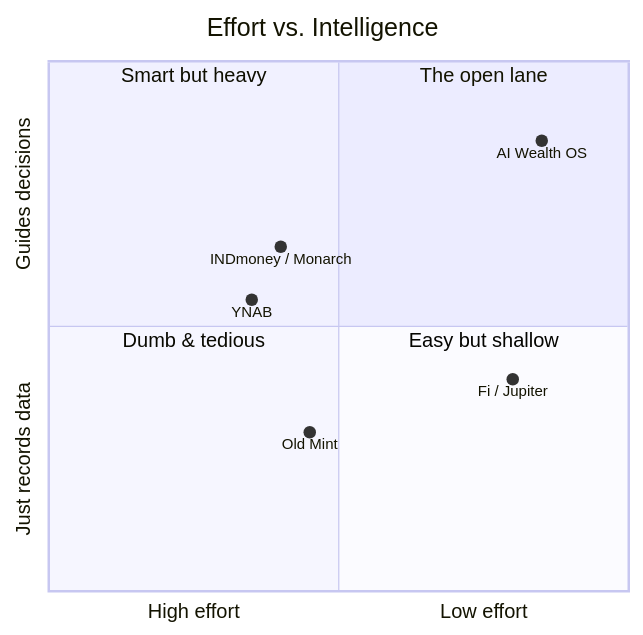
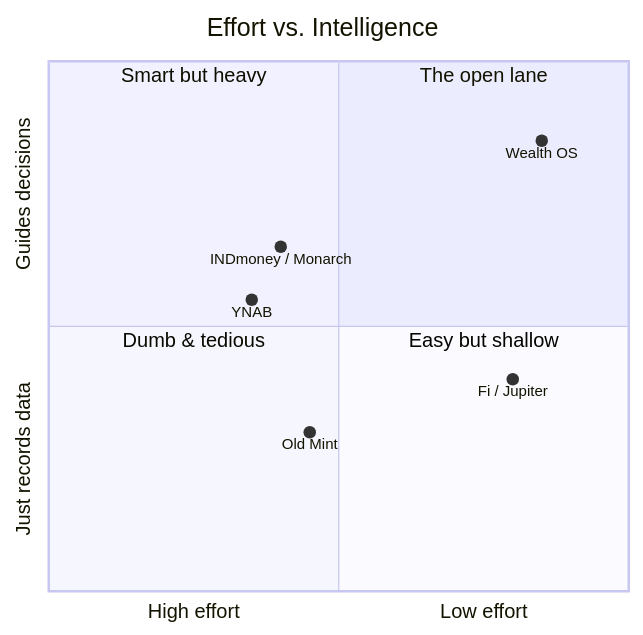
One commit to harshavardhans-git/ai-wealth-os changed the diagram in docs/02-competitor-analysis.md. Above: the diagram before and after it, drawn with Mermaid. The commit also changed other lines of this file and 32 other files, not shown here.

````diff
--- a/docs/02-competitor-analysis.md
+++ b/docs/02-competitor-analysis.md
@@ -94,15 +94,15 @@
 ```mermaid
 quadrantChart
     title Effort vs. Intelligence
     x-axis "High effort" --> "Low effort"
     y-axis "Just records data" --> "Guides decisions"
     quadrant-1 "The open lane"
     quadrant-2 "Smart but heavy"
     quadrant-3 "Dumb & tedious"
     quadrant-4 "Easy but shallow"
     "YNAB": [0.35, 0.55]
     "Old Mint": [0.45, 0.30]
     "Fi / Jupiter": [0.80, 0.40]
     "INDmoney / Monarch": [0.40, 0.65]
-    "AI Wealth OS": [0.85, 0.85]
+    "Wealth OS": [0.85, 0.85]
 ```
````
